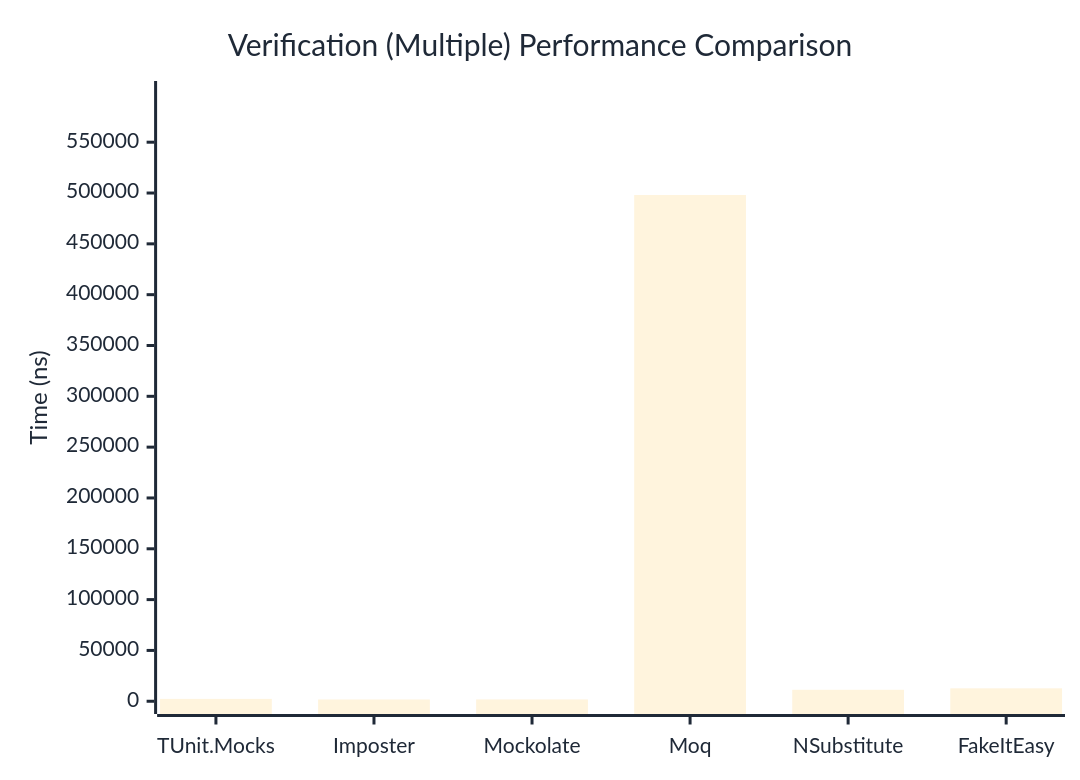
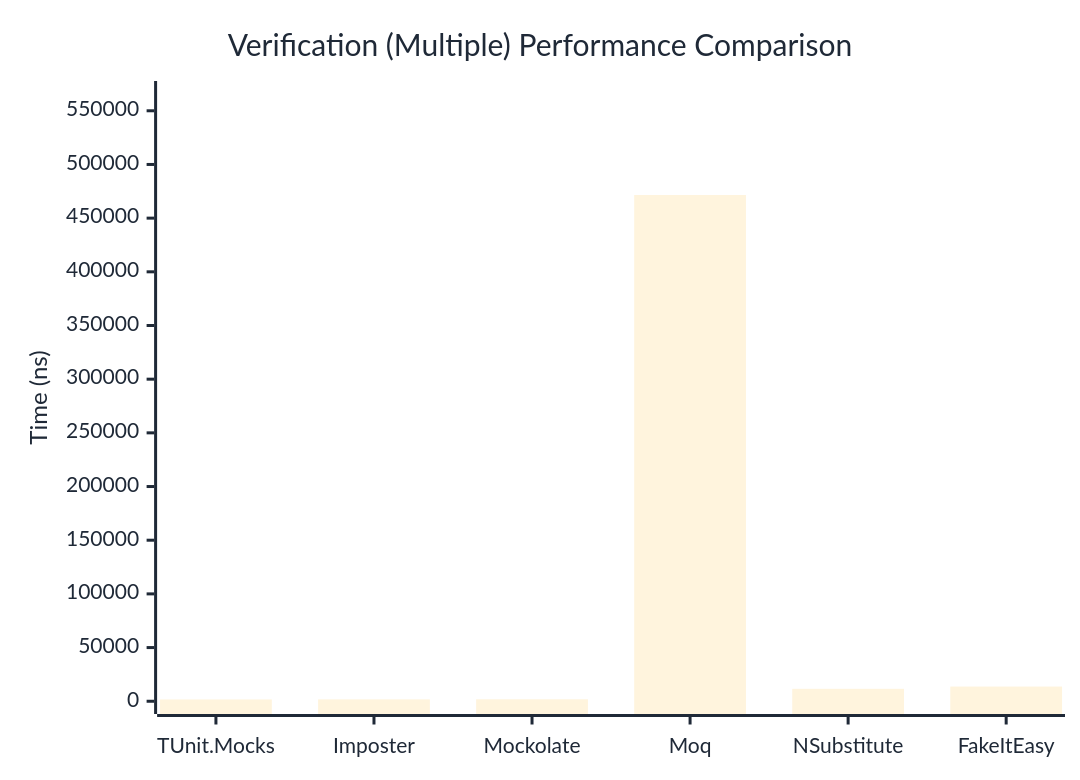
The third of 3 diagrams in docs/docs/benchmarks/mocks/Verification.md (thomhurst/TUnit), drawn with Mermaid before and after one commit. The commit also changed other lines of this file and 14 other files, not shown here.

````diff
--- a/docs/docs/benchmarks/mocks/Verification.md
+++ b/docs/docs/benchmarks/mocks/Verification.md
@@ -110,27 +110,27 @@
 ```mermaid
 %%{init: {
   'theme':'base',
   'themeVariables': {
     'primaryColor': '#2563eb',
     'primaryTextColor': '#1f2937',
     'primaryBorderColor': '#1e40af',
     'lineColor': '#6b7280',
     'secondaryColor': '#7c3aed',
     'tertiaryColor': '#dc2626',
     'background': '#ffffff',
     'pie1': '#2563eb',
     'pie2': '#7c3aed',
     'pie3': '#dc2626',
     'pie4': '#f59e0b',
     'pie5': '#10b981',
     'pie6': '#06b6d4',
     'pie7': '#ec4899',
     'pie8': '#6366f1'
   }
 }}%%
 xychart-beta
   title "Verification (Multiple) Performance Comparison"
   x-axis ["TUnit.Mocks", "Imposter", "Mockolate", "Moq", "NSubstitute", "FakeItEasy"]
-  y-axis "Time (ns)" 0 --> 597668
-  bar [2322.6, 1745.9, 1801.7, 498056, 11270.9, 12705.2]
+  y-axis "Time (ns)" 0 --> 565861
+  bar [1667.08, 1753.72, 1845.95, 471550.06, 11569.3, 13677.73]
 ```
````
